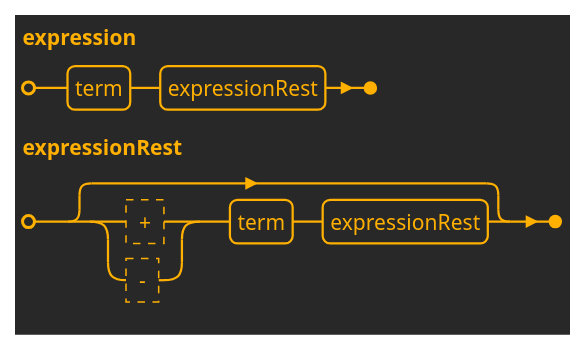
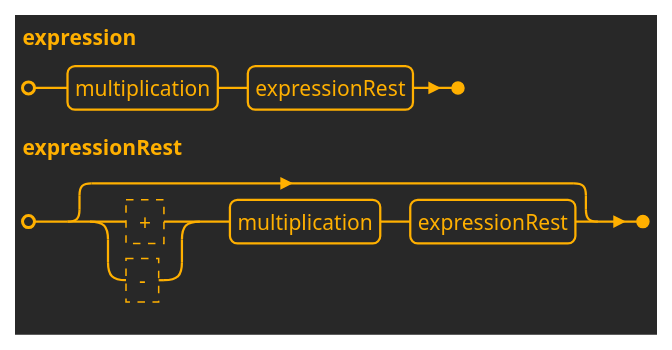
Before and after one commit to realsonic/MURQ: the fifth of 7 diagrams in Domain/MURQ.Domain/URQL/docs/URQL Lines Syntax.md, drawn with PlantUML. The commit also changed other lines of this file and 2 other files, not shown here.

Commit message:
refactor: рекурсивный метод InterpretJoinedStatementsRestAsync заменён на цикл while в исходном методе InterpretJoinedStatementsAsync; нетереминал term переименован в multiplication

````diff
--- a/Domain/MURQ.Domain/URQL/docs/URQL Lines Syntax.md
+++ b/Domain/MURQ.Domain/URQL/docs/URQL Lines Syntax.md
@@ -112,7 +112,7 @@
 ```plantuml
 @startebnf joinedStatements
 !theme crt-amber
-expression = term, expressionRest;
-expressionRest = [ (? + ? | ? - ?), term, expressionRest] ;
+expression = multiplication, expressionRest;
+expressionRest = [ (? + ? | ? - ?), multiplication, expressionRest] ;
 @endebnf
 ```
````
